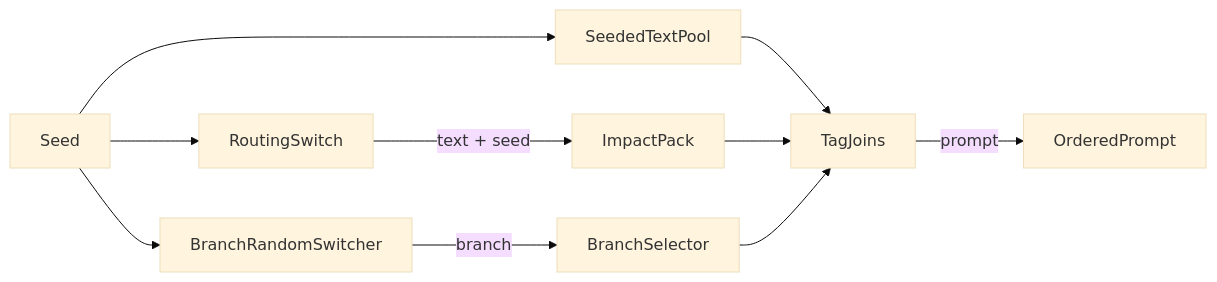
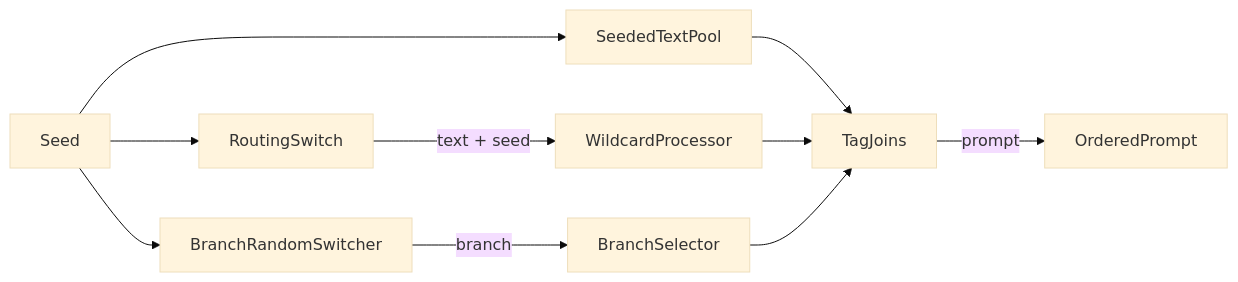
One commit to Cueuler/dynamic_prompt_engine changed the diagram in README.md. Above: the diagram before and after it, drawn with Mermaid (base theme). The commit also changed other lines of this file and 6 other files, not shown here.

First line of the commit message:
Add Wildcard Processor and let Routing Switch pick wired empty slots.

````diff
--- a/README.md
+++ b/README.md
@@ -25,21 +25,21 @@
 ```mermaid
 flowchart LR
   seed[Seed]
   rootPool["SeededTextPool"]
   routing[RoutingSwitch]
-  impact[ImpactPack]
+  wildcard[WildcardProcessor]
   switcher[BranchRandomSwitcher]
   selector[BranchSelector]
   joins[TagJoins]
   finalPrompt[OrderedPrompt]
 
   seed --> rootPool
   seed --> routing
   seed --> switcher
   rootPool --> joins
-  routing -->|"text + seed"| impact
-  impact --> joins
+  routing -->|"text + seed"| wildcard
+  wildcard --> joins
   switcher -->|"branch"| selector
   selector --> joins
   joins -->|"prompt"| finalPrompt
 ```
````
